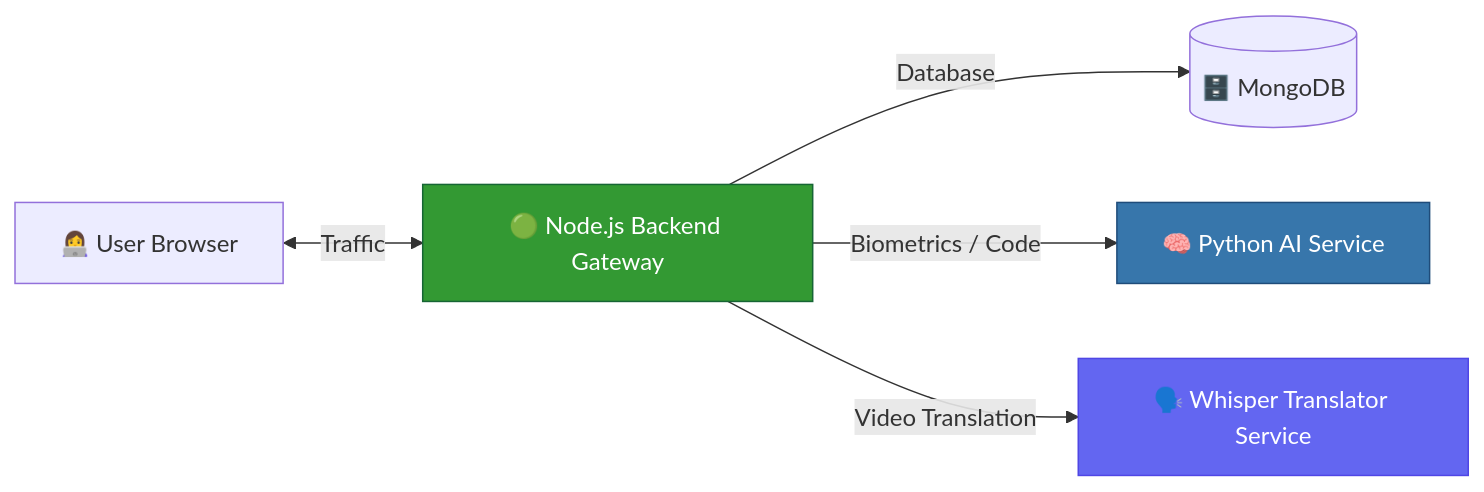
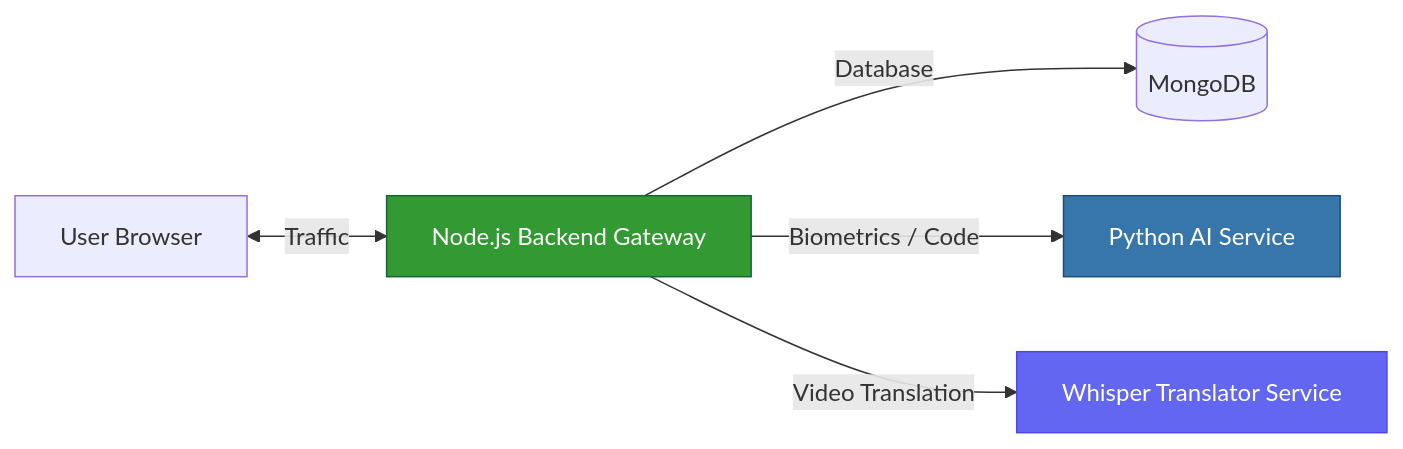
Before and after one commit to Srikarsanka/orbitai: the first of 2 diagrams in README.md, drawn with Mermaid. The commit also changed other lines of this file, not shown here.

````diff
--- a/README.md
+++ b/README.md
@@ -41,12 +41,12 @@
 ```mermaid
 graph LR
-    User[👩‍💻 User Browser] <-->|Traffic| Gateway[🟢 Node.js Backend Gateway]
+    User[User Browser] <-->|Traffic| Gateway[Node.js Backend Gateway]
     
-    Gateway -->|Database| DB[(🗄️ MongoDB)]
-    Gateway -->|Biometrics / Code| AI1[🧠 Python AI Service]
-    Gateway -->|Video Translation| AI2[🗣️ Whisper Translator Service]
+    Gateway -->|Database| DB[(MongoDB)]
+    Gateway -->|Biometrics / Code| AI1[Python AI Service]
+    Gateway -->|Video Translation| AI2[Whisper Translator Service]
     
     style Gateway fill:#339933,color:#fff,stroke:#166534
     style AI1 fill:#3776ab,color:#fff,stroke:#1f4c7a
     style AI2 fill:#6366f1,color:#fff,stroke:#4f46e5
 ```
````
